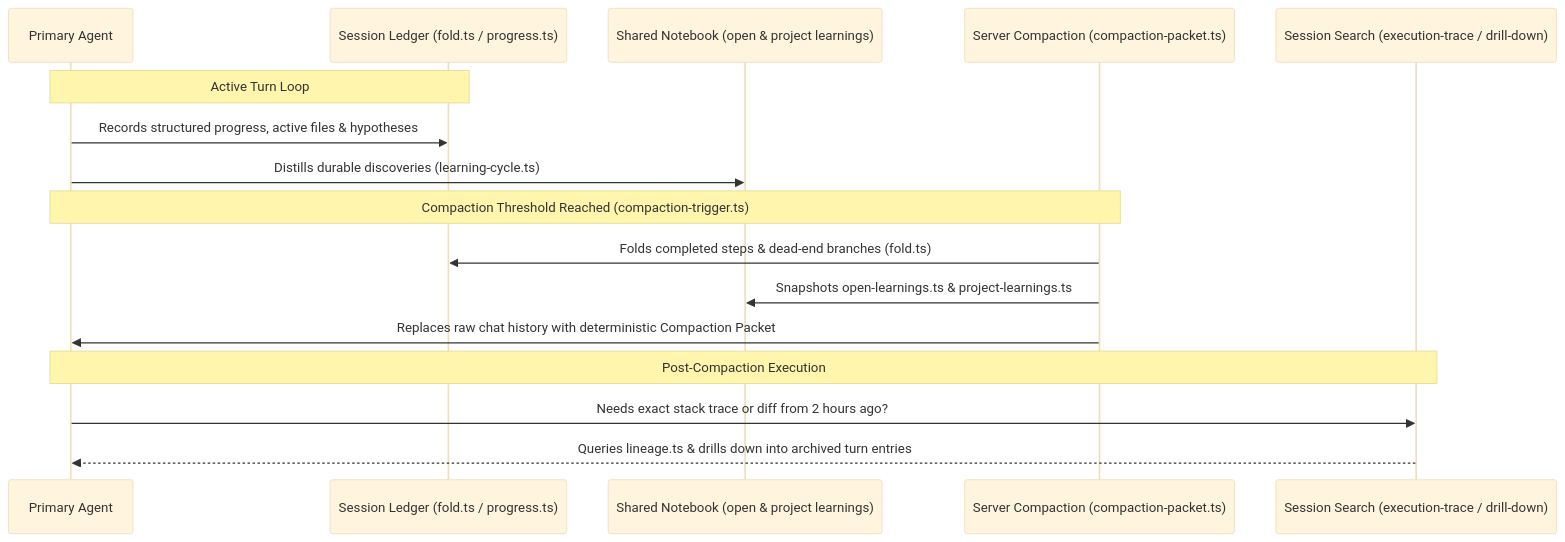
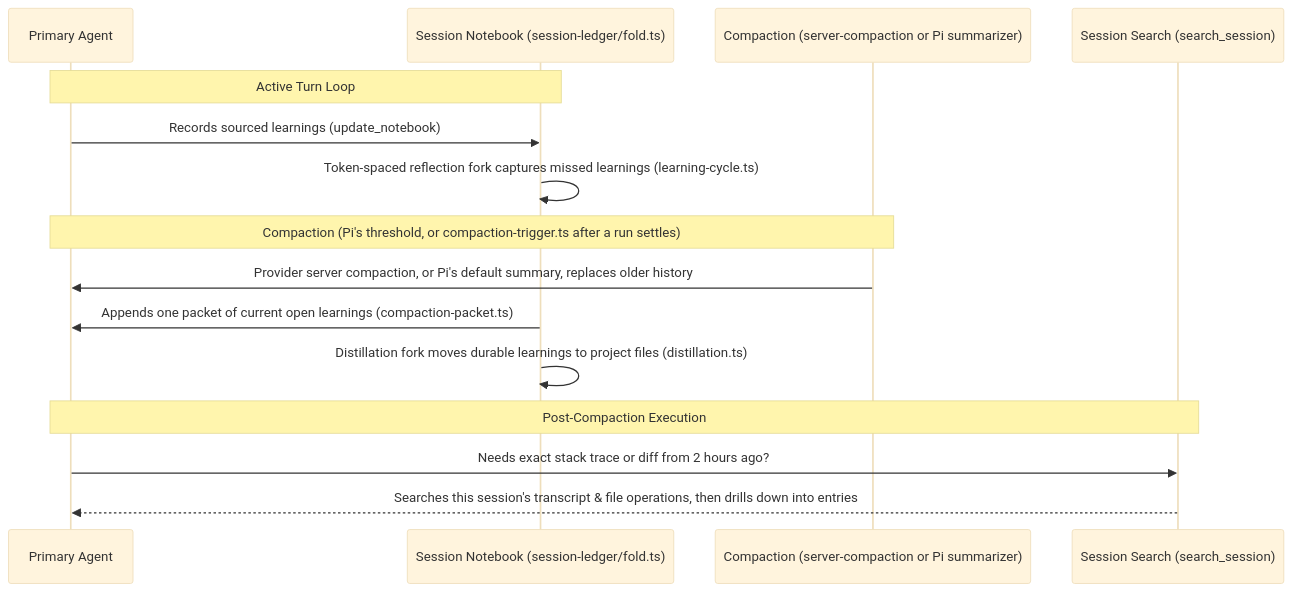
Before and after one commit to z3z1ma/apple-pi: the third of 7 diagrams in README.md, drawn with Mermaid (base theme). The commit also changed other lines of this file, not shown here.

Commit message:
docs(readme): correct claims against current source

````diff
--- a/README.md
+++ b/README.md
@@ -161,21 +164,20 @@
 ```mermaid
 sequenceDiagram
     participant Agent as Primary Agent
-    participant Ledger as Session Ledger (fold.ts / progress.ts)
-    participant Notebook as Shared Notebook (open & project learnings)
-    participant Compactor as Server Compaction (compaction-packet.ts)
-    participant Recall as Session Search (execution-trace / drill-down)
+    participant Notebook as Session Notebook (session-ledger/fold.ts)
+    participant Compactor as Compaction (server-compaction or Pi summarizer)
+    participant Recall as Session Search (search_session)
 
-    Note over Agent,Ledger: Active Turn Loop
-    Agent->>Ledger: Records structured progress, active files & hypotheses
-    Agent->>Notebook: Distills durable discoveries (learning-cycle.ts)
+    Note over Agent,Notebook: Active Turn Loop
+    Agent->>Notebook: Records sourced learnings (update_notebook)
+    Notebook->>Notebook: Token-spaced reflection fork captures missed learnings (learning-cycle.ts)
 
-    Note over Agent,Compactor: Compaction Threshold Reached (compaction-trigger.ts)
-    Compactor->>Ledger: Folds completed steps & dead-end branches (fold.ts)
-    Compactor->>Notebook: Snapshots open-learnings.ts & project-learnings.ts
-    Compactor->>Agent: Replaces raw chat history with deterministic Compaction Packet
+    Note over Agent,Compactor: Compaction (Pi's threshold, or compaction-trigger.ts after a run settles)
+    Compactor->>Agent: Provider server compaction, or Pi's default summary, replaces older history
+    Notebook->>Agent: Appends one packet of current open learnings (compaction-packet.ts)
+    Notebook->>Notebook: Distillation fork moves durable learnings to project files (distillation.ts)
 
     Note over Agent,Recall: Post-Compaction Execution
     Agent->>Recall: Needs exact stack trace or diff from 2 hours ago?
-    Recall-->>Agent: Queries lineage.ts & drills down into archived turn entries
+    Recall-->>Agent: Searches this session's transcript & file operations, then drills down into entries
 ```
````
